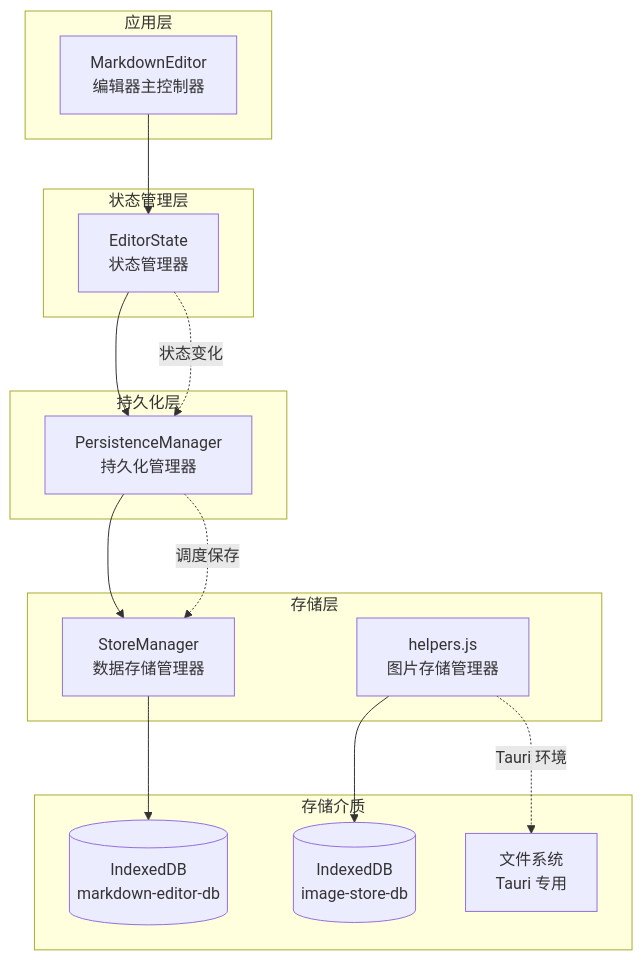
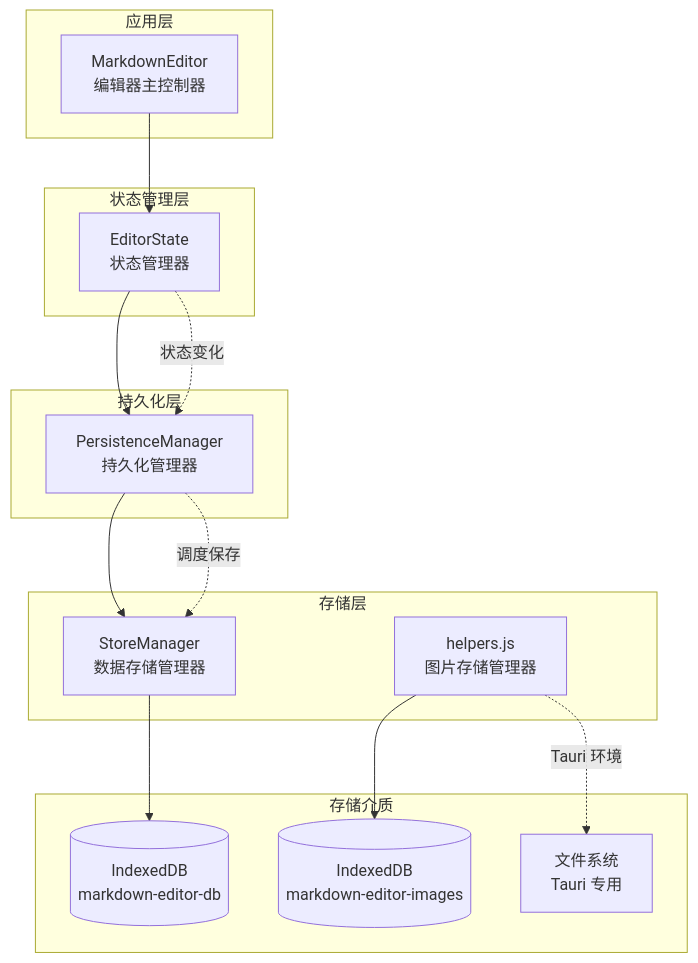
The first of 7 diagrams in docs/store.md (ZCShou/markdown), drawn with Mermaid before and after one commit. The commit also changed other lines of this file, not shown here.

Commit message:
docs: add detailed text and image storage process documentation

````diff
--- a/docs/store.md
+++ b/docs/store.md
@@ -36,34 +39,34 @@
 ```mermaid
 graph TB
     subgraph "应用层"
         A[MarkdownEditor<br/>编辑器主控制器]
     end
     
     subgraph "状态管理层"
         B[EditorState<br/>状态管理器]
     end
     
     subgraph "持久化层"
         C[PersistenceManager<br/>持久化管理器]
     end
     
     subgraph "存储层"
         D[StoreManager<br/>数据存储管理器]
         E[helpers.js<br/>图片存储管理器]
     end
     
     subgraph "存储介质"
         F[(IndexedDB<br/>markdown-editor-db)]
-        G[(IndexedDB<br/>image-store-db)]
+        G[(IndexedDB<br/>markdown-editor-images)]
         H[文件系统<br/>Tauri 专用]
     end
     
     A --> B
     B --> C
     C --> D
     B -.->|状态变化| C
     C -.->|调度保存| D
     D --> F
     E --> G
     E -.->|Tauri 环境| H
 ```
````
